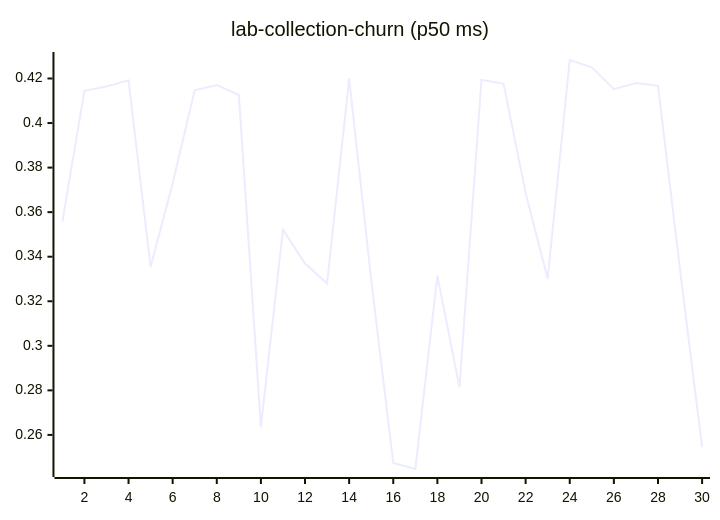
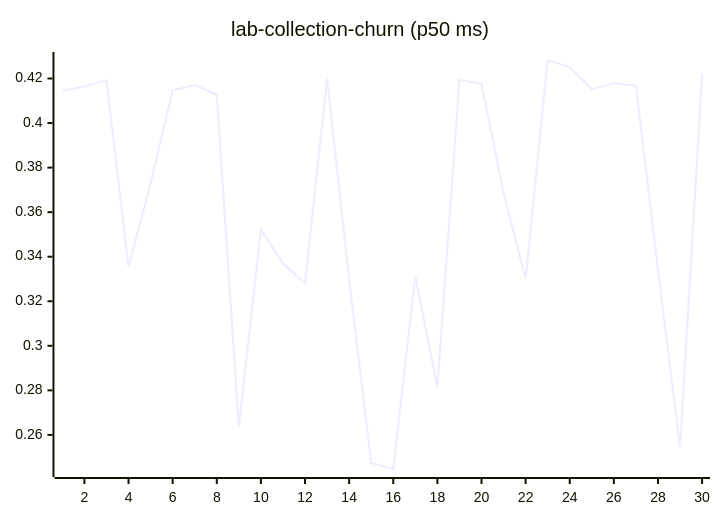
Before and after one commit to josha/Facet: diagram 11 of 27 in README.md, drawn with Mermaid. The commit also changed other lines of this file and 2 other files, not shown here.

````diff
--- a/README.md
+++ b/README.md
@@ -133,6 +133,6 @@
 ```mermaid
 xychart-beta
     title "lab-collection-churn (p50 ms)"
     x-axis 1 --> 30
-    line [0.3556, 0.4145, 0.4164, 0.4192, 0.3354, 0.3730, 0.4147, 0.4171, 0.4126, 0.2636, 0.3521, 0.3369, 0.3280, 0.4200, 0.3297, 0.2474, 0.2447, 0.3314, 0.2814, 0.4194, 0.4176, 0.3686, 0.3301, 0.4283, 0.4250, 0.4152, 0.4180, 0.4167, 0.3342, 0.2545]
+    line [0.4145, 0.4164, 0.4192, 0.3354, 0.3730, 0.4147, 0.4171, 0.4126, 0.2636, 0.3521, 0.3369, 0.3280, 0.4200, 0.3297, 0.2474, 0.2447, 0.3314, 0.2814, 0.4194, 0.4176, 0.3686, 0.3301, 0.4283, 0.4250, 0.4152, 0.4180, 0.4167, 0.3342, 0.2545, 0.4221]
 ```
````
